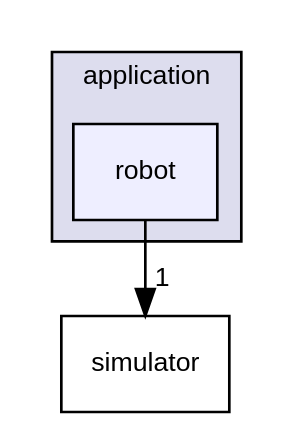
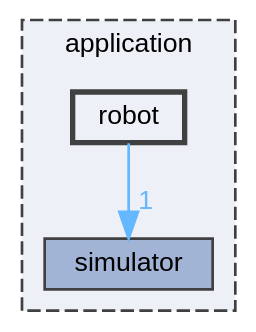
Before and after one commit to darshit-desai/Maze-Solver-simulation-using-Wall-Following-Algorithm-OOP: the diagram in docs/dir_e8d29c30eeee0fa0b24493a6a0331aff_dep.dot, drawn with Graphviz. The commit also changed 381 other files, not shown here.

```diff
--- a/docs/dir_e8d29c30eeee0fa0b24493a6a0331aff_dep.dot
+++ b/docs/dir_e8d29c30eeee0fa0b24493a6a0331aff_dep.dot
@@ -1,11 +1,14 @@
-digraph "application/robot" {
+digraph "D:/Maze-Solver-simulation-using-Wall-Following-Algorithm-OOP/application/robot"
+{
+ // LATEX_PDF_SIZE
+  bgcolor="transparent";
+  edge [fontname=Helvetica,fontsize=10,labelfontname=Helvetica,labelfontsize=10];
+  node [fontname=Helvetica,fontsize=10,shape=box,height=0.2,width=0.4];
   compound=true
-  node [ fontsize="10", fontname="Helvetica"];
-  edge [ labelfontsize="10", labelfontname="Helvetica"];
   subgraph clusterdir_d75c23162a2652451dce46d2e7e8aead {
-    graph [ bgcolor="#ddddee", pencolor="black", label="application" fontname="Helvetica", fontsize="10", URL="dir_d75c23162a2652451dce46d2e7e8aead.html"]
-  dir_e8d29c30eeee0fa0b24493a6a0331aff [shape=box, label="robot", style="filled", fillcolor="#eeeeff", pencolor="black", URL="dir_e8d29c30eeee0fa0b24493a6a0331aff.html"];
+    graph [ bgcolor="#edf0f7", pencolor="grey25", label="application", fontname=Helvetica,fontsize=10 style="filled,dashed", URL="dir_d75c23162a2652451dce46d2e7e8aead.html",tooltip=""]
+  dir_638ef7d2d9bbc9093729c39ba06043f5 [label="simulator", fillcolor="#a2b4d6", color="grey25", style="filled", URL="dir_638ef7d2d9bbc9093729c39ba06043f5.html",tooltip=""];
+  dir_e8d29c30eeee0fa0b24493a6a0331aff [label="robot", fillcolor="#edf0f7", color="grey25", style="filled,bold", URL="dir_e8d29c30eeee0fa0b24493a6a0331aff.html",tooltip=""];
   }
-  dir_638ef7d2d9bbc9093729c39ba06043f5 [shape=box label="simulator" URL="dir_638ef7d2d9bbc9093729c39ba06043f5.html"];
-  dir_e8d29c30eeee0fa0b24493a6a0331aff->dir_638ef7d2d9bbc9093729c39ba06043f5 [headlabel="1", labeldistance=1.5 headhref="dir_000002_000003.html"];
+  dir_e8d29c30eeee0fa0b24493a6a0331aff->dir_638ef7d2d9bbc9093729c39ba06043f5 [headlabel="1", labeldistance=1.5 headhref="dir_000004_000005.html" color="steelblue1" fontcolor="steelblue1"];
 }
```
